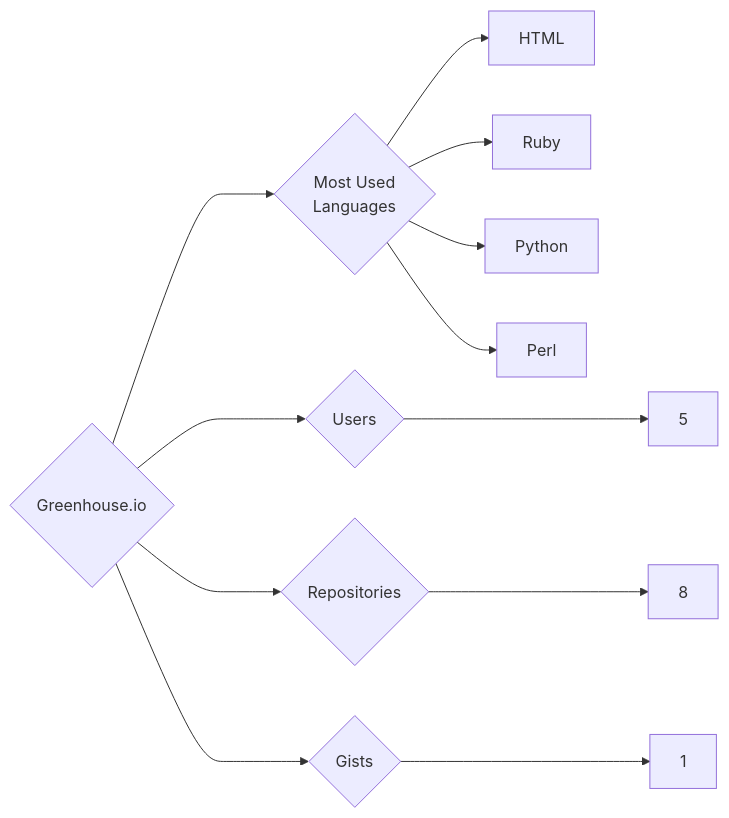
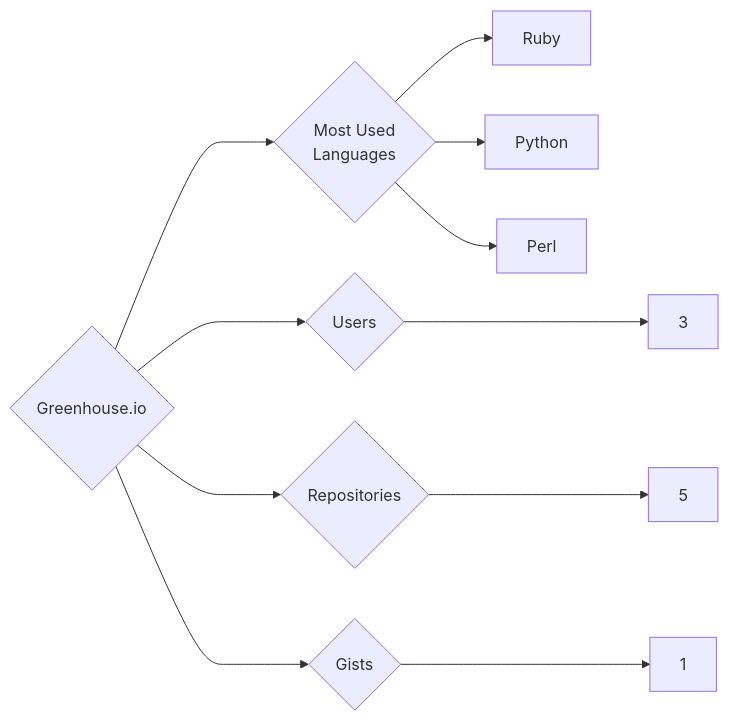
The diagram in targets/Greenhouse.io/README.md (trickest/insiders), drawn with Mermaid before and after one commit. The commit also changed 1055 other files, not shown here.

````diff
--- a/targets/Greenhouse.io/README.md
+++ b/targets/Greenhouse.io/README.md
@@ -3,12 +3,11 @@
 ```mermaid
 graph LR
 COMPANY_NAME{Greenhouse.io}
-COMPANY_NAME ---> U{Users} ---> UN[5]
-COMPANY_NAME ---> R{Repositories} ---> RN[8]
+COMPANY_NAME ---> U{Users} ---> UN[3]
+COMPANY_NAME ---> R{Repositories} ---> RN[5]
 COMPANY_NAME ---> G{Gists} ---> GN[1]
 COMPANY_NAME ---> ML{Most Used<br>Languages}
-ML --> HTML[HTML]
 ML --> Ruby[Ruby]
 ML --> Python[Python]
 ML --> Perl[Perl]
 ```
````
